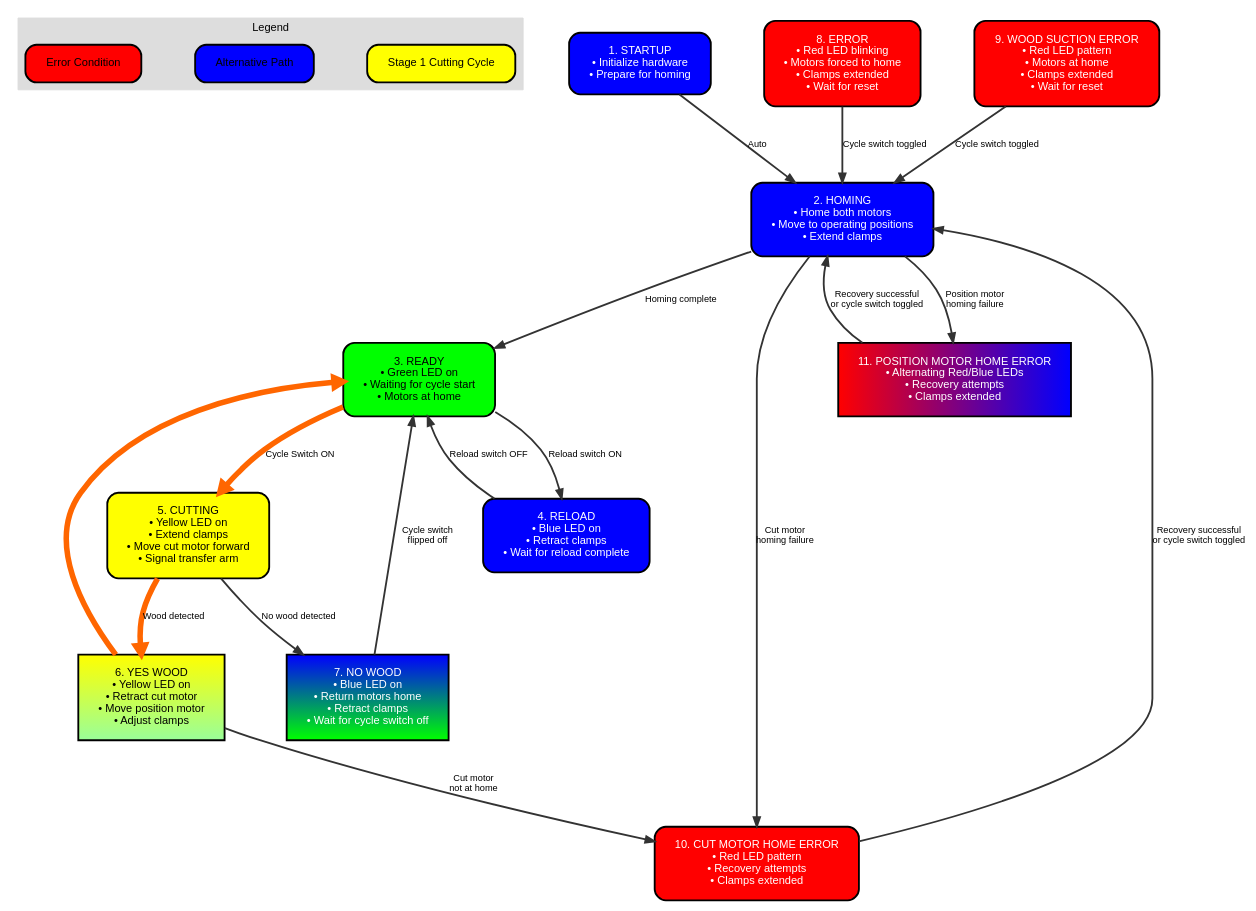
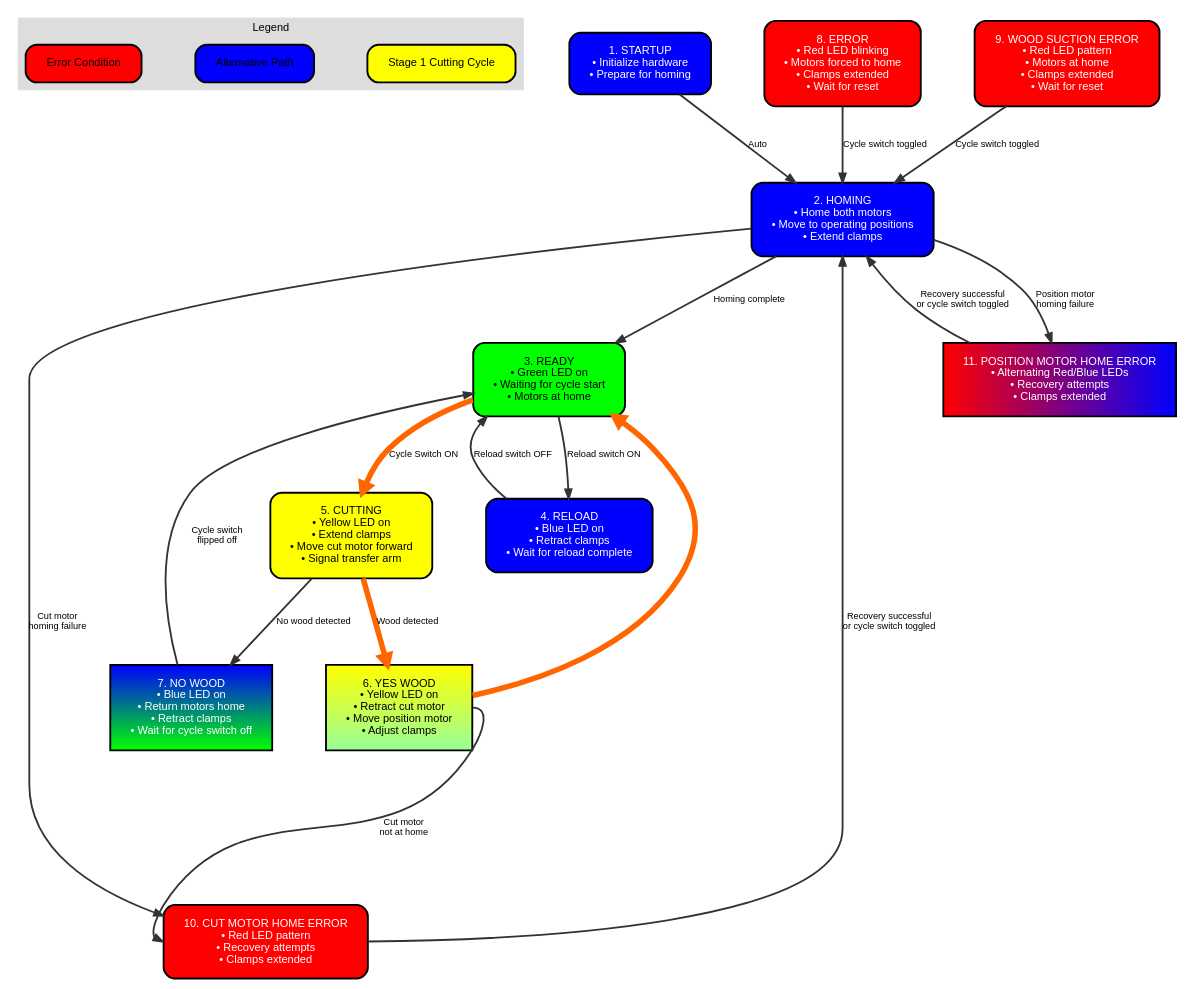
Before and after one commit to akivaweil/Stage-1-Mar25: the diagram in flowcharts/cutting_machine_flowchart.dot, drawn with Graphviz. The commit also changed 1 other file, not shown here.

Commit message:
Adjust edge and label position with tailport/headport

```diff
--- a/flowcharts/cutting_machine_flowchart.dot
+++ b/flowcharts/cutting_machine_flowchart.dot
@@ -1,48 +1,48 @@
 digraph StateMachine { 
   graph [rankdir=TB, fontname="Arial", nodesep=0.8, ranksep=1.0, splines=true]; 
   node [shape=rect, style=rounded, fontname="Arial", fontsize=12, style="filled,rounded", margin="0.3,0.2", penwidth=2.0]; 
   edge [fontname="Arial", fontsize=10, color="#333333", penwidth=2.0]; 
   
   subgraph cluster_legend { 
     label="Legend"; 
     style=filled; 
     color="#DDDDDD"; 
     fontname="Arial"; 
     fontsize=12; 
     legend_main [label="Stage 1 Cutting Cycle", fillcolor="#FFFF00", style="filled,rounded"]; 
     legend_alt [label="Alternative Path", fillcolor="#0000FF", style="filled,rounded"]; 
     legend_error [label="Error Condition", fillcolor="#FF0000", style="filled,rounded"]; 
   } 
   
   START [label="1. STARTUP\n• Initialize hardware\n• Prepare for homing", fillcolor="#0000FF", fontcolor="white"]; 
   HOMING [label="2. HOMING\n• Home both motors\n• Move to operating positions\n• Extend clamps", fillcolor="#0000FF", fontcolor="white"]; 
   READY [label="3. READY\n• Green LED on\n• Waiting for cycle start\n• Motors at home", fillcolor="#00FF00"]; 
   RELOAD [label="4. RELOAD\n• Blue LED on\n• Retract clamps\n• Wait for reload complete", fillcolor="#0000FF", fontcolor="white"]; 
   CUTTING [label="5. CUTTING\n• Yellow LED on\n• Extend clamps\n• Move cut motor forward\n• Signal transfer arm", fillcolor="#FFFF00"]; 
   YESWOOD [label="6. YES WOOD\n• Yellow LED on\n• Retract cut motor\n• Move position motor\n• Adjust clamps", style="filled", fillcolor="#FFFF00:#99FF99", gradientangle=270]; 
   NOWOOD [label="7. NO WOOD\n• Blue LED on\n• Return motors home\n• Retract clamps\n• Wait for cycle switch off", style="filled", fillcolor="#0000FF:#00FF00", fontcolor="white", gradientangle=270]; 
   ERROR [label="8. ERROR\n• Red LED blinking\n• Motors forced to home\n• Clamps extended\n• Wait for reset", fillcolor="#FF0000", fontcolor="white"]; 
   WOOD_SUCTION_ERROR [label="9. WOOD SUCTION ERROR\n• Red LED pattern\n• Motors at home\n• Clamps extended\n• Wait for reset", fillcolor="#FF0000", fontcolor="white"]; 
   CUT_MOTOR_HOME_ERROR [label="10. CUT MOTOR HOME ERROR\n• Red LED pattern\n• Recovery attempts\n• Clamps extended", fillcolor="#FF0000", fontcolor="white"]; 
   POSITION_MOTOR_HOME_ERROR [label="11. POSITION MOTOR HOME ERROR\n• Alternating Red/Blue LEDs\n• Recovery attempts\n• Clamps extended", style="filled", fillcolor="#FF0000:#0000FF", fontcolor="white", gradientangle=0]; 
   
   // Normal cycle edges with much thicker lines, distinctive color and style
   READY -> CUTTING [label="Cycle Switch ON", penwidth=6.0, color="#FF6600", style="bold"]; 
   CUTTING -> YESWOOD [label="Wood detected", penwidth=6.0, color="#FF6600", style="bold"]; 
   YESWOOD -> READY [penwidth=6.0, color="#FF6600", style="bold"]; 
   
   // Other transitions
   START -> HOMING [label="Auto"]; 
   HOMING -> READY [label="Homing complete"]; 
   HOMING -> CUT_MOTOR_HOME_ERROR [label="Cut motor\nhoming failure"]; 
   HOMING -> POSITION_MOTOR_HOME_ERROR [label="Position motor\nhoming failure"]; 
   READY -> RELOAD [label="Reload switch ON"]; 
   RELOAD -> READY [label="Reload switch OFF"]; 
   CUTTING -> NOWOOD [label="No wood detected"]; 
-  YESWOOD -> CUT_MOTOR_HOME_ERROR [label="Cut motor\nnot at home", labelangle=10, labeldistance=3.5]; 
+  YESWOOD -> CUT_MOTOR_HOME_ERROR [label="Cut motor\nnot at home", tailport="e", headport="w", minlen=2, labelangle=10, labeldistance=4.0]; 
   NOWOOD -> READY [label="Cycle switch\nflipped off"]; 
   WOOD_SUCTION_ERROR -> HOMING [label="Cycle switch toggled"]; 
   CUT_MOTOR_HOME_ERROR -> HOMING [label="Recovery successful\nor cycle switch toggled"]; 
   POSITION_MOTOR_HOME_ERROR -> HOMING [label="Recovery successful\nor cycle switch toggled"]; 
   ERROR -> HOMING [label="Cycle switch toggled"]; 
 }
```
